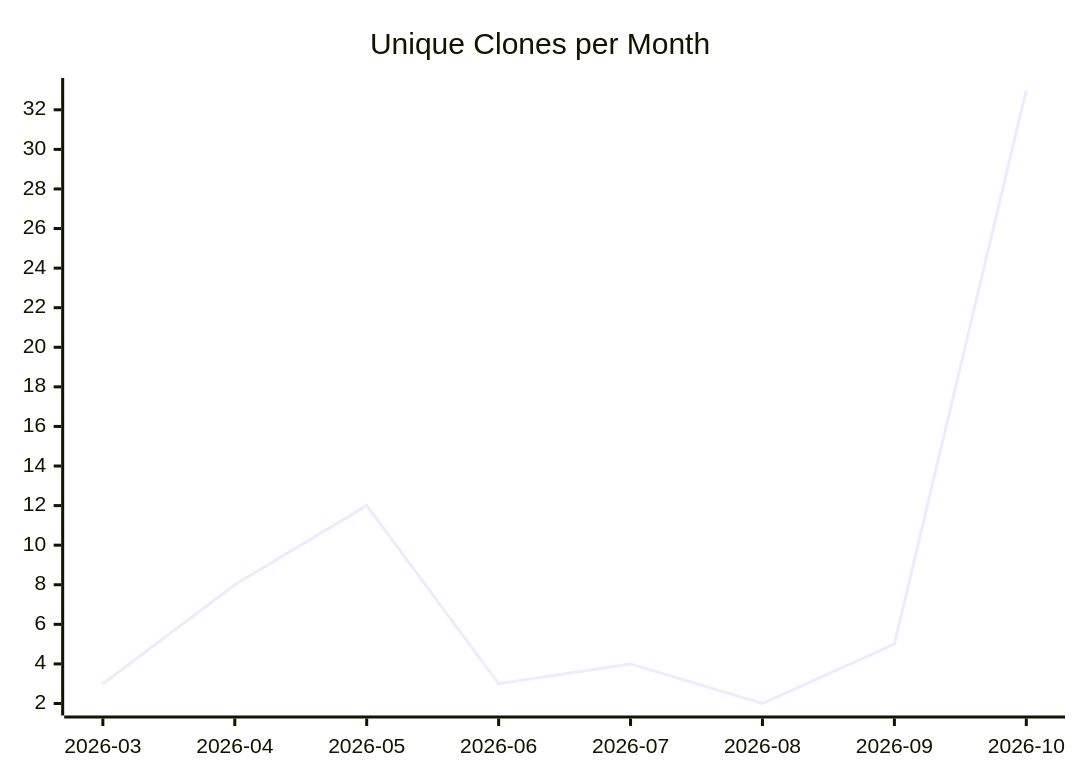
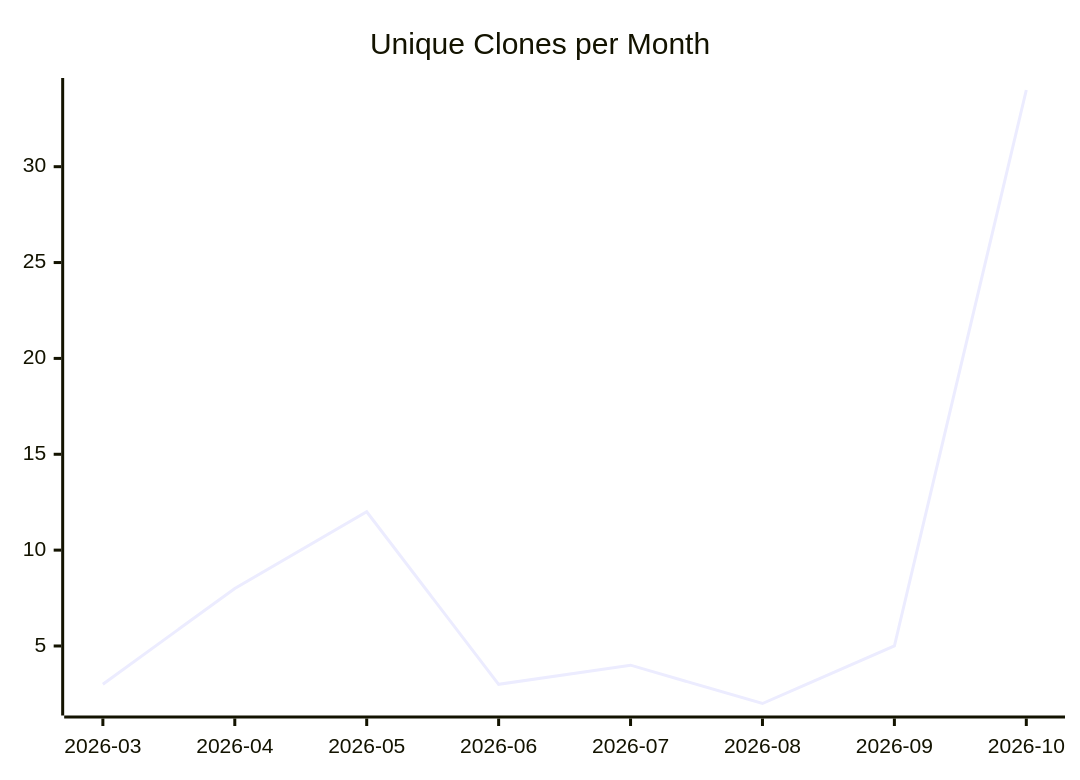
Before and after one commit to justdavis-family/github-analytics-data: the third of 3 diagrams in karlmdavis/puppet-sonar/README.md, drawn with Mermaid. The commit also changed other lines of this file and 198 other files, not shown here.

````diff
--- a/karlmdavis/puppet-sonar/README.md
+++ b/karlmdavis/puppet-sonar/README.md
@@ -19,6 +19,6 @@
 ```mermaid
 xychart-beta
   title "Unique Clones per Month"
   x-axis ["2026-03", "2026-04", "2026-05", "2026-06", "2026-07", "2026-08", "2026-09", "2026-10"]
-  line [3, 8, 12, 3, 4, 2, 5, 33]
+  line [3, 8, 12, 3, 4, 2, 5, 34]
 ```
````
